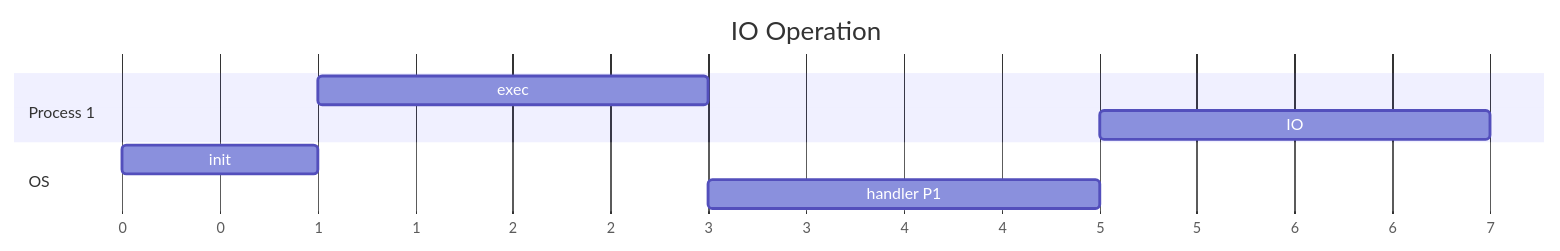
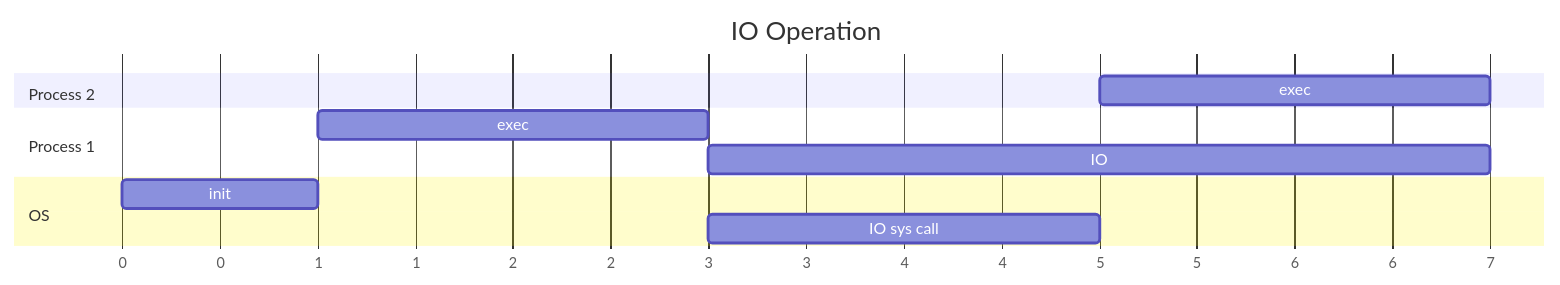
Before and after one commit to angelromarco04/MyNotes: the diagram in CS/OS/data/21_Intro.md, drawn with Mermaid.

Commit message:
vault backup: 2024-03-24 18:46:42

````diff
--- a/CS/OS/data/21_Intro.md
+++ b/CS/OS/data/21_Intro.md
@@ -60,16 +60,17 @@
 ```mermaid
 gantt
     title IO Operation
     dateFormat X
     axisFormat %s
     
     section Process 2
+        exec    : p2_1, after os_2, 7
         
     section Process 1
 	    exec    : p1_1, after os_1, 3
-	    IO      : p1_2, after os_2, 7
+	    IO      : p1_2, after p1_1, 7
 
 	section OS
 		init           : os_1, 0, 1
-		handler P1     : os_2, after p1_1, 5
+		IO sys call     : os_2, after p1_1, 5
 ```
````
